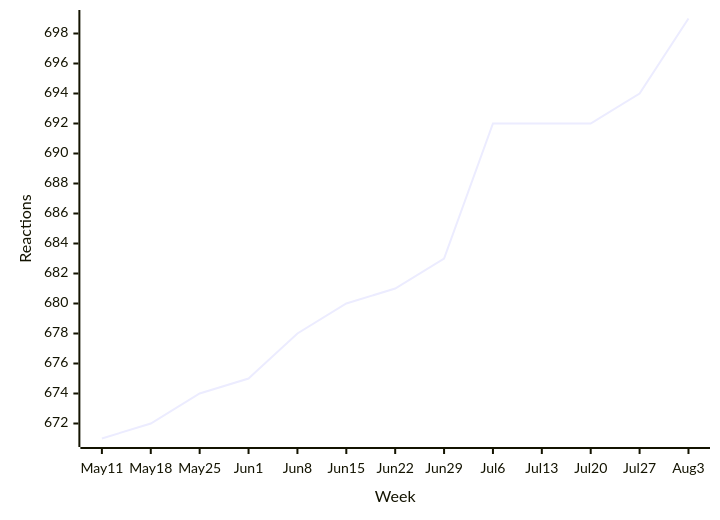
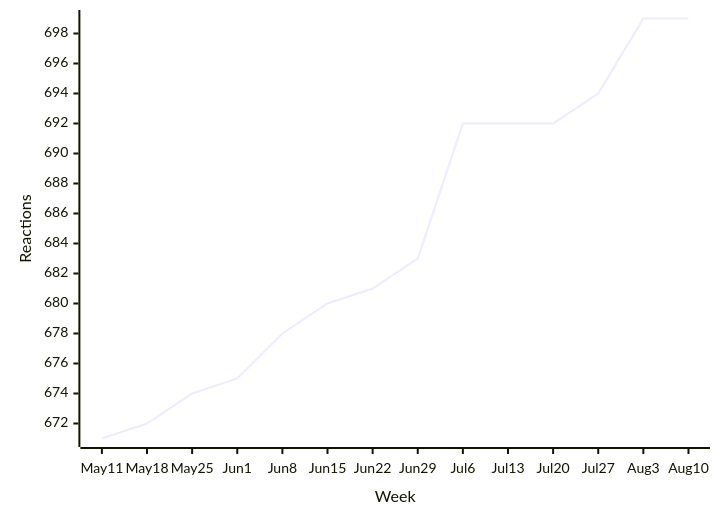
Before and after one commit to loic-sharma/github-insights: the fourth of 43 diagrams in README.md, drawn with Mermaid. The commit also changed other lines of this file and 3 other files, not shown here.

````diff
--- a/README.md
+++ b/README.md
@@ -390,6 +390,6 @@
   ```mermaid
   xychart-beta
-    x-axis "Week" [May 11, May 18, May 25, Jun 1, Jun 8, Jun 15, Jun 22, Jun 29, Jul 6, Jul 13, Jul 20, Jul 27, Aug 3]
+    x-axis "Week" [May 11, May 18, May 25, Jun 1, Jun 8, Jun 15, Jun 22, Jun 29, Jul 6, Jul 13, Jul 20, Jul 27, Aug 3, Aug 10]
     y-axis "Reactions"
-    line [671, 672, 674, 675, 678, 680, 681, 683, 692, 692, 692, 694, 699]
+    line [671, 672, 674, 675, 678, 680, 681, 683, 692, 692, 692, 694, 699, 699]
   ```
````
